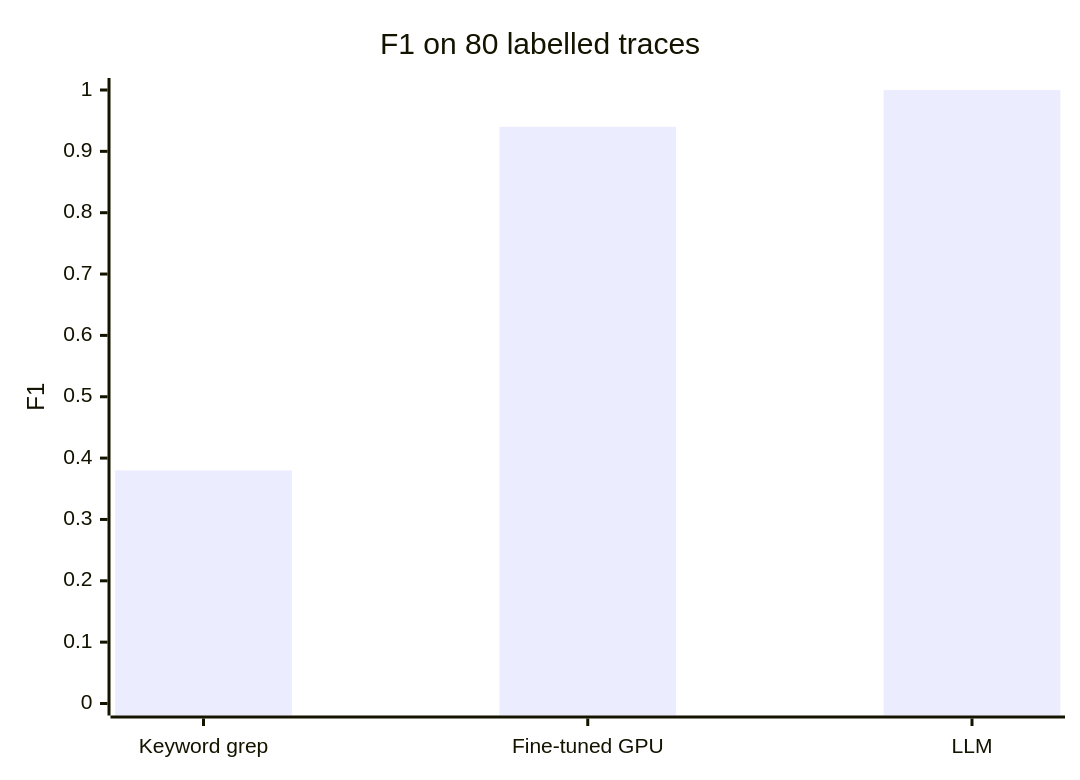
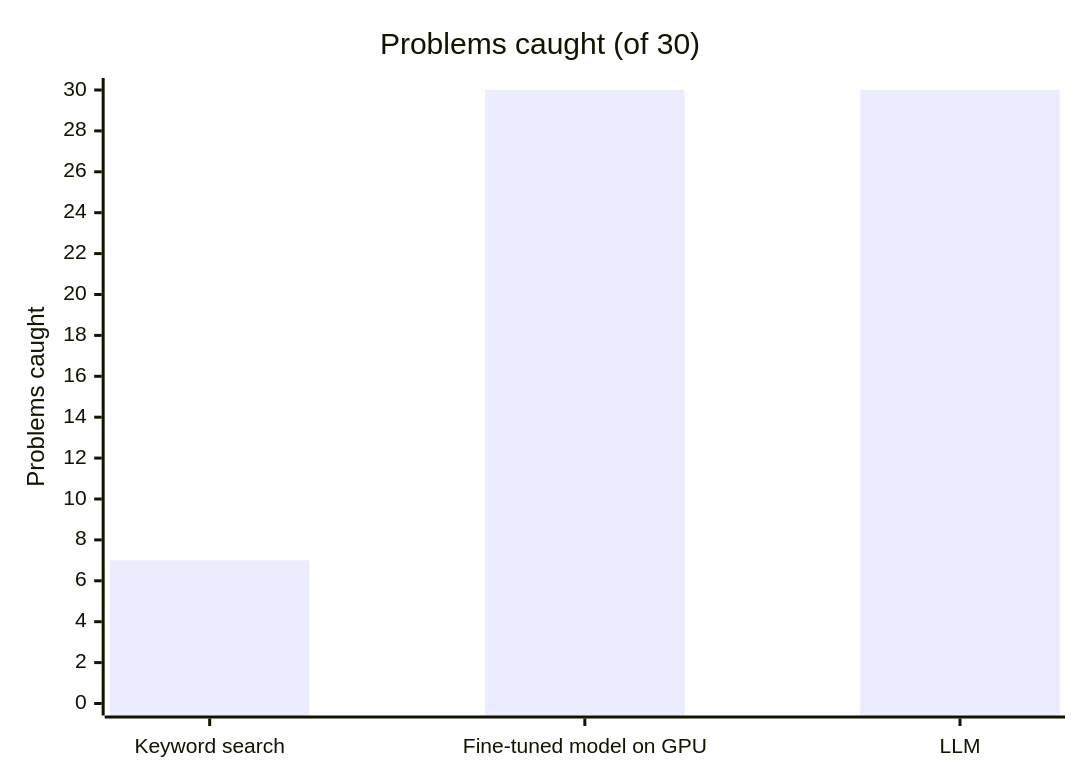
The first of 3 diagrams in README.md (AliRezaFarahnak-Customer-Demos/log-anomaly-gpu-vs-llm-poc), drawn with Mermaid before and after one commit. The commit also changed other lines of this file, not shown here.

````diff
--- a/README.md
+++ b/README.md
@@ -27,7 +17,7 @@
 ```mermaid
 xychart-beta
-    title "F1 on 80 labelled traces"
-    x-axis ["Keyword grep", "Fine-tuned GPU", "LLM"]
-    y-axis "F1" 0 --> 1
-    bar [0.38, 0.94, 1.0]
+    title "Problems caught (of 30)"
+    x-axis ["Keyword search", "Fine-tuned model on GPU", "LLM"]
+    y-axis "Problems caught" 0 --> 30
+    bar [7, 30, 30]
 ```
````
